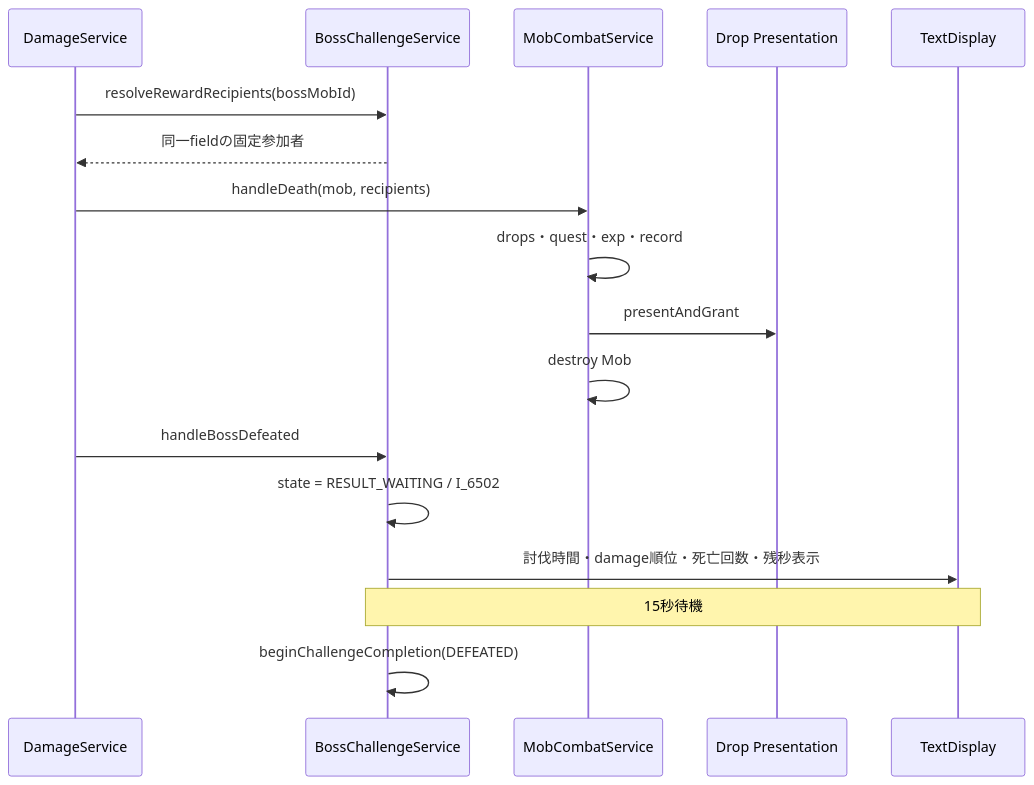
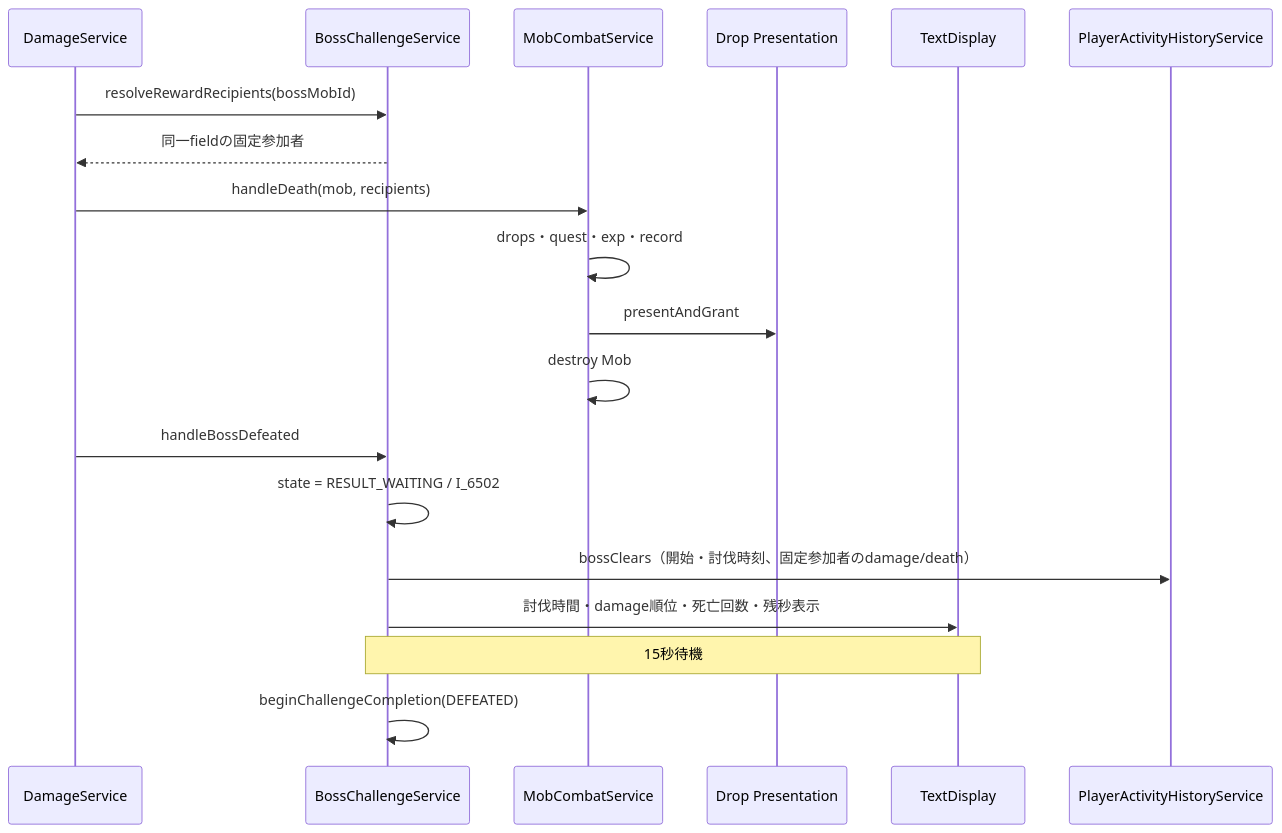
The fourth of 6 diagrams in 00_docs/10_Plugin設計書/feature/26-boss/26_4-統合フロー.md (maaasu/AstralRecord-Workspace), drawn with Mermaid before and after one commit. The commit also changed other lines of this file and 8 other files, not shown here.

Commit message:
Record boss clears in player activity history

````diff
--- a/00_docs/10_Plugin設計書/feature/26-boss/26_4-統合フロー.md
+++ b/00_docs/10_Plugin設計書/feature/26-boss/26_4-統合フロー.md
@@ -149,20 +151,22 @@
 ```mermaid
 sequenceDiagram
     participant D as DamageService
     participant B as BossChallengeService
     participant MC as MobCombatService
     participant DP as Drop Presentation
     participant TD as TextDisplay
+    participant H as PlayerActivityHistoryService
 
     D->>B: resolveRewardRecipients(bossMobId)
     B-->>D: 同一fieldの固定参加者
     D->>MC: handleDeath(mob, recipients)
     MC->>MC: drops・quest・exp・record
     MC->>DP: presentAndGrant
     MC->>MC: destroy Mob
     D->>B: handleBossDefeated
     B->>B: state = RESULT_WAITING / I_6502
+    B->>H: bossClears（開始・討伐時刻、固定参加者のdamage/death）
     B->>TD: 討伐時間・damage順位・死亡回数・残秒表示
     Note over B,TD: 15秒待機
     B->>B: beginChallengeCompletion(DEFEATED)
 ```
````
